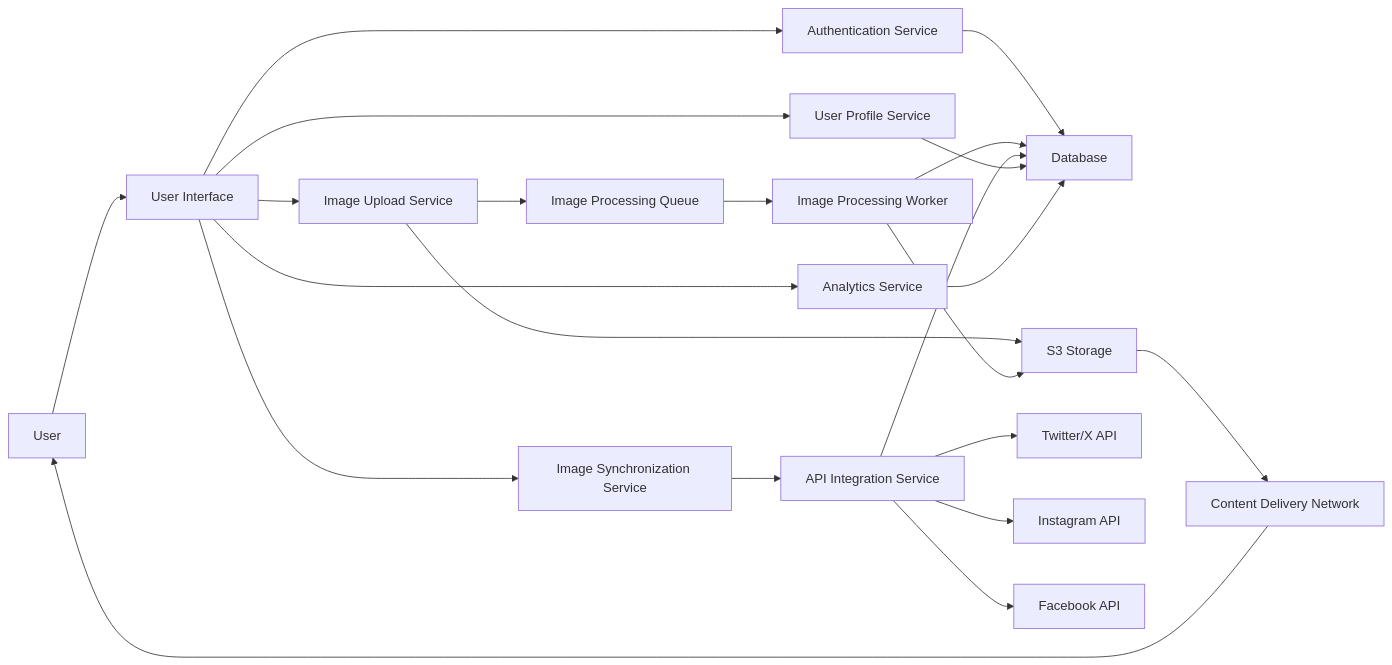
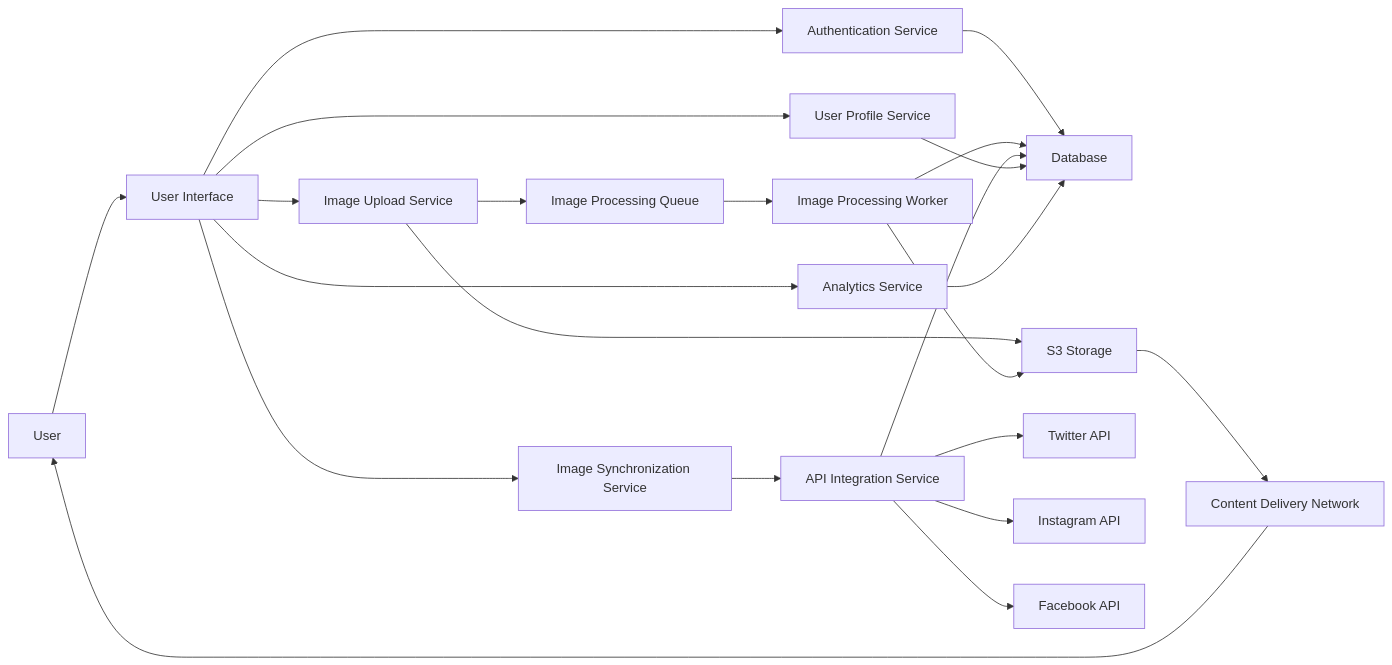
One commit to loftwah/brandsync changed the first of 3 diagrams in design.md. Above: the diagram before and after it, drawn with Mermaid. The commit also changed other lines of this file, not shown here.

````diff
--- a/design.md
+++ b/design.md
@@ -109,24 +46,24 @@
 ```mermaid
 graph LR
     User[User] --> UI[User Interface]
     UI --> Auth[Authentication Service]
     UI --> Upload[Image Upload Service]
     UI --> Sync[Image Synchronization Service]
     UI --> Profile[User Profile Service]
     UI --> Analytics[Analytics Service]
     Auth --> DB[Database]
     Upload --> S3[S3 Storage]
     Upload --> Queue[Image Processing Queue]
     Queue --> Worker[Image Processing Worker]
     Worker --> S3
     Worker --> DB
     Sync --> API[API Integration Service]
-    API --> Twitter/X[Twitter/X API]
+    API --> Twitter[Twitter API]
     API --> Instagram[Instagram API]
     API --> Facebook[Facebook API]
     API --> DB
     Profile --> DB
     Analytics --> DB
     S3 --> CDN[Content Delivery Network]
     CDN --> User
 ```
````
